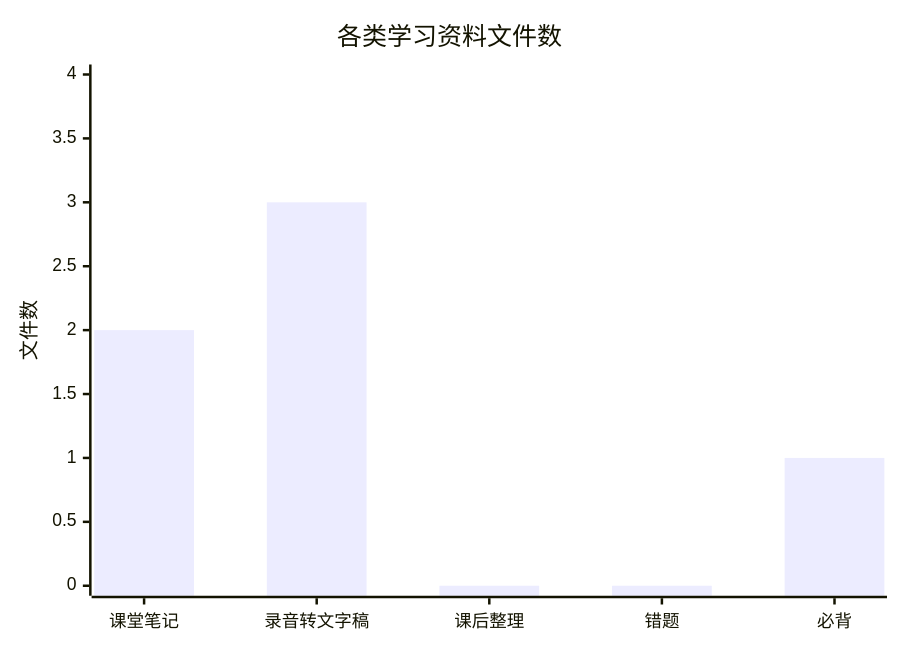
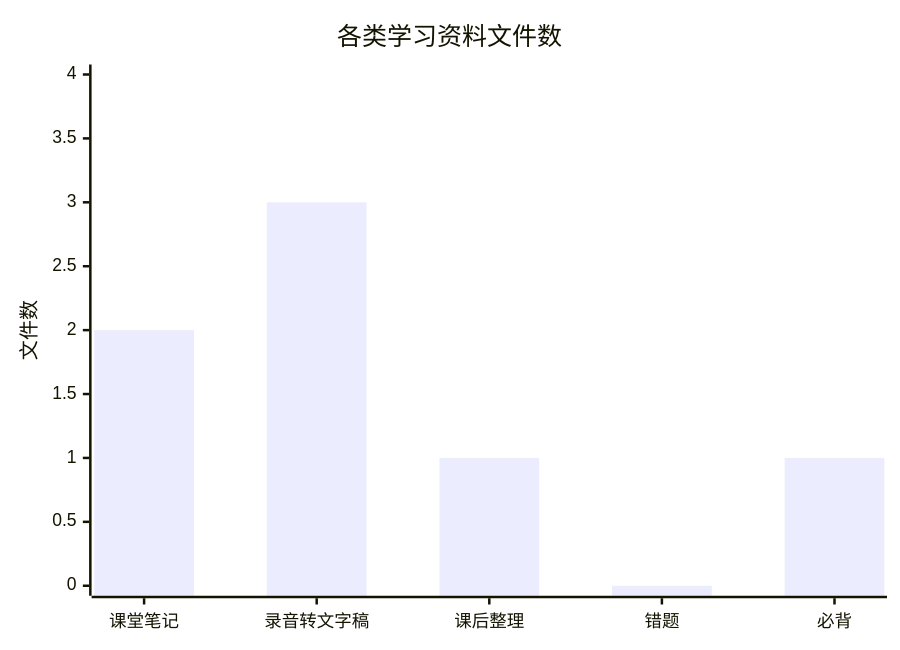
Before and after one commit to zhuchenyu2008/Learning-Library: the third of 3 diagrams in README.md, drawn with Mermaid. The commit also changed other lines of this file, not shown here.

````diff
--- a/README.md
+++ b/README.md
@@ -56,7 +56,7 @@
 ```mermaid
 xychart-beta
     title "各类学习资料文件数"
     x-axis ["课堂笔记", "录音转文字稿", "课后整理", "错题", "必背"]
     y-axis "文件数" 0 --> 4
-    bar [2, 3, 0, 0, 1]
+    bar [2, 3, 1, 0, 1]
 ```
````
